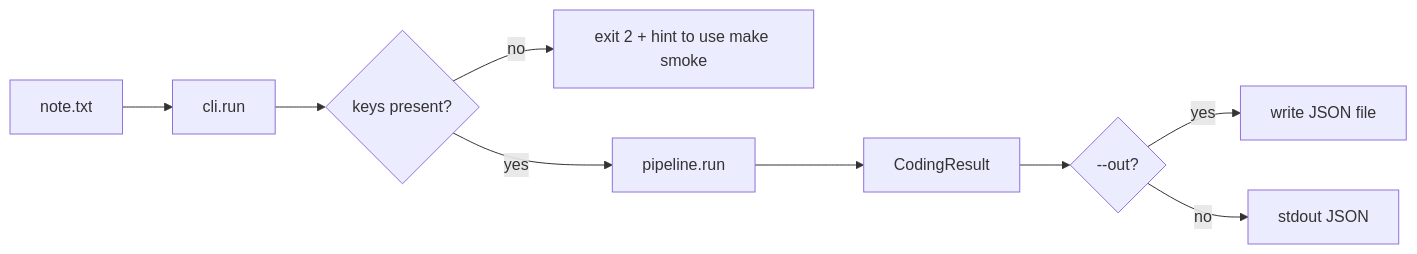
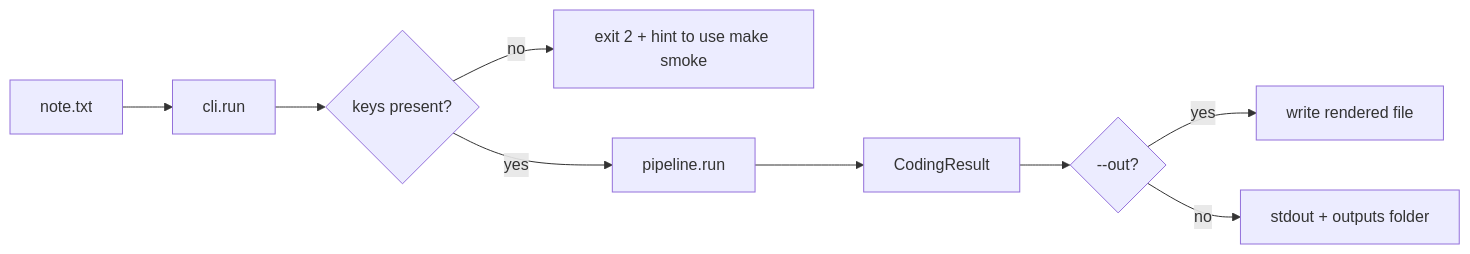
Before and after one commit to insafim/medcoder: the first of 2 diagrams in WALKTHROUGH.md, drawn with Mermaid. The commit also changed other lines of this file and 11 other files, not shown here.

````diff
--- a/WALKTHROUGH.md
+++ b/WALKTHROUGH.md
@@ -74,11 +75,11 @@
 ```mermaid
 flowchart LR
     A[note.txt] --> B[cli.run]
     B --> C{keys present?}
     C -- no --> X[exit 2 + hint to use make smoke]
     C -- yes --> D[pipeline.run]
     D --> E[CodingResult]
     E --> F{--out?}
-    F -- yes --> G[write JSON file]
-    F -- no --> H[stdout JSON]
+    F -- yes --> G[write rendered file]
+    F -- no --> H[stdout + outputs folder]
 ```
````
